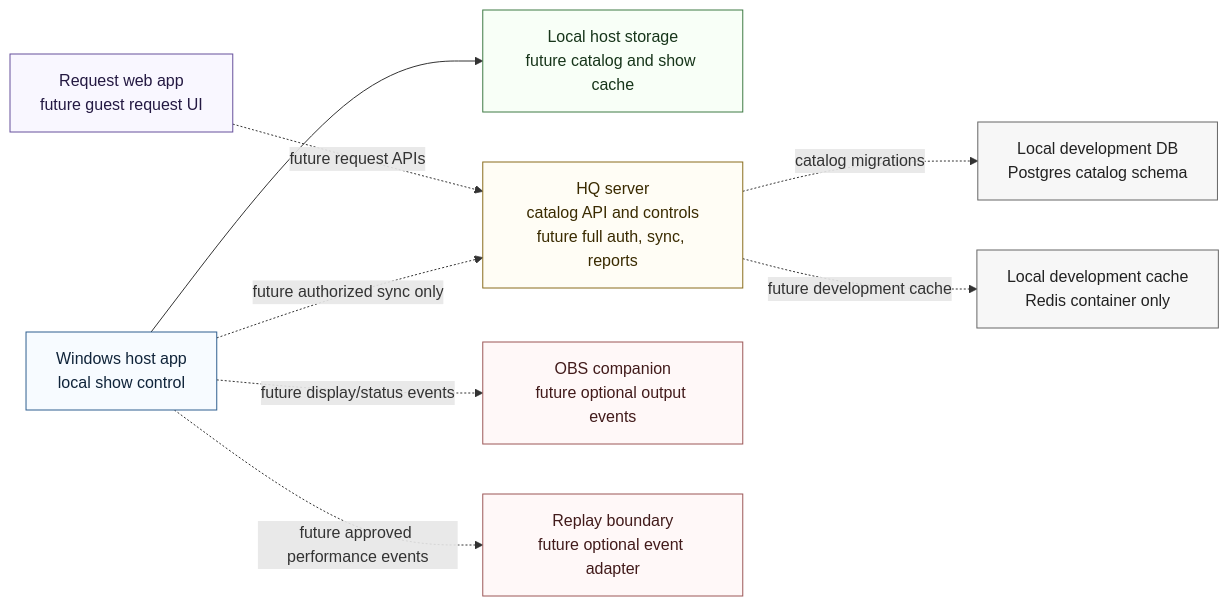
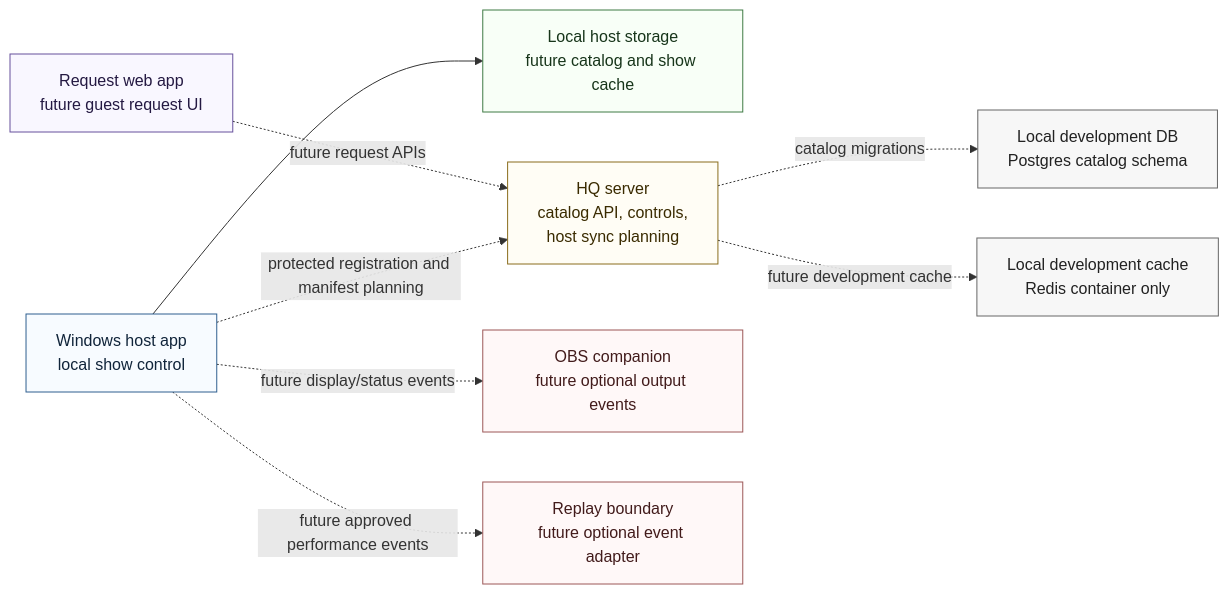
One commit to justinmercer/dandjsworldwidekaraokemedia-base changed the diagram in docs/architecture/system-context.md. Above: the diagram before and after it, drawn with Mermaid. The commit also changed other lines of this file and 37 other files, not shown here.

Commit message:
Add Wave 2A host sync foundation

````diff
--- a/docs/architecture/system-context.md
+++ b/docs/architecture/system-context.md
@@ -5,26 +5,26 @@
 ```mermaid
 flowchart LR
   Host["Windows host app\nlocal show control"]:::core
   LocalStore["Local host storage\nfuture catalog and show cache"]:::local
-  HQ["HQ server\ncatalog API and controls\nfuture full auth, sync, reports"]:::server
+  HQ["HQ server\ncatalog API, controls,\nhost sync planning"]:::server
   DB["Local development DB\nPostgres catalog schema"]:::infra
   Cache["Local development cache\nRedis container only"]:::infra
   RequestWeb["Request web app\nfuture guest request UI"]:::edge
   OBS["OBS companion\nfuture optional output events"]:::optional
   Replay["Replay boundary\nfuture optional event adapter"]:::optional
 
   Host --> LocalStore
-  Host -. "future authorized sync only" .-> HQ
+  Host -. "protected registration and manifest planning" .-> HQ
   HQ -. "catalog migrations" .-> DB
   HQ -. "future development cache" .-> Cache
   RequestWeb -. "future request APIs" .-> HQ
   Host -. "future display/status events" .-> OBS
   Host -. "future approved performance events" .-> Replay
 
   classDef core fill:#f7fbff,stroke:#2f5f8f,color:#10243a
   classDef local fill:#f8fff7,stroke:#3f7b44,color:#17351a
   classDef server fill:#fffdf5,stroke:#8a6d1d,color:#3a2b00
   classDef edge fill:#f9f7ff,stroke:#67509c,color:#241942
   classDef optional fill:#fff8f8,stroke:#9c5757,color:#421b1b
   classDef infra fill:#f7f7f7,stroke:#666,color:#222
 ```
````
